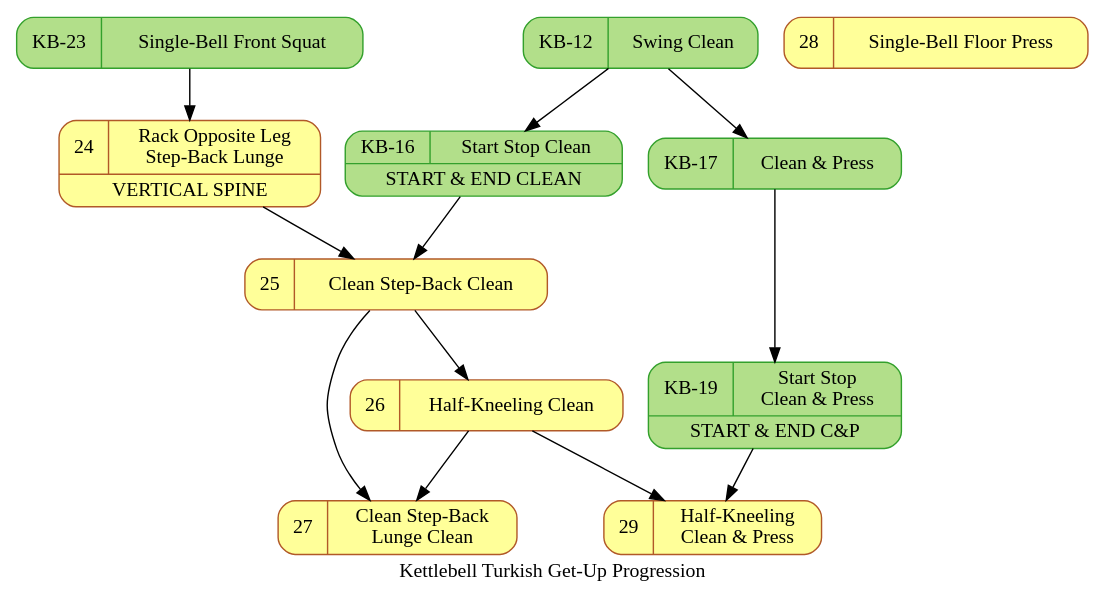
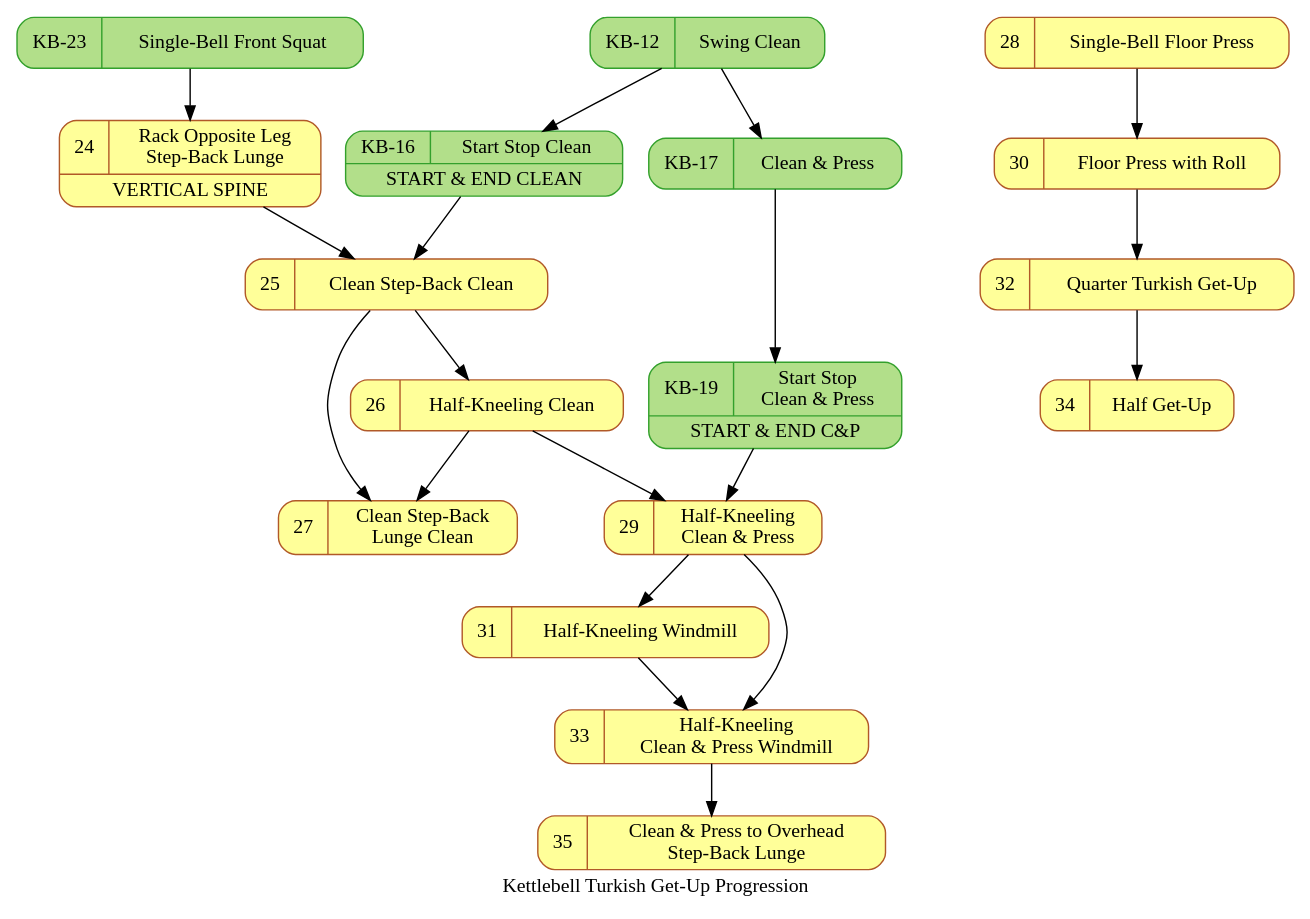
One commit to dznz/wildman-skill-trees changed the diagram in kb_tgu_progression.gv. Above: the diagram before and after it, drawn with Graphviz. The commit also changed 1 other file, not shown here.

```diff
--- a/kb_tgu_progression.gv
+++ b/kb_tgu_progression.gv
@@ -1,44 +1,59 @@
 digraph kb_progression {
   // Kettlebell Turkish Get-Up Progression Diagram © 2023
   // by dznz using knowledge from Mark Wildman is licensed
   // under CC BY-NC-SA 4.0 
   // http://creativecommons.org/licenses/by-nc-sa/4.0/
   label="Kettlebell Turkish Get-Up Progression"
   node [colorscheme="paired12"]
   node [shape=record]
   node [style="rounded,filled"]
   node [color=12, fillcolor=11]
 
   subgraph pre {
     node [color=4, fillcolor=3]
     mov_racksquat
     mov_cap, mov_startstopcap
     mov_clean, mov_startstopclean
   }
   
   // Precursor drills 
   mov_clean [label="KB-12|Swing Clean" URL="https://www.youtube.com/watch?v=_nIsSXWs5iU&list=PLk4oYPJ7TXKhX8YqA2AVrfgs_pEF6p7KA&index=12"]
   mov_startstopclean [label="{{KB-16|Start Stop Clean}|START & END CLEAN}" URL="https://www.youtube.com/watch?v=XbK3jxI0WNQ&list=PLk4oYPJ7TXKhX8YqA2AVrfgs_pEF6p7KA&index=16"]
   mov_cap [label="KB-17|Clean & Press" URL="https://www.youtube.com/watch?v=SSxB3m5qRas&list=PLk4oYPJ7TXKhX8YqA2AVrfgs_pEF6p7KA&index=17"]
   mov_startstopcap [label="{{KB-19|Start Stop\nClean & Press}|START & END C&P}" URL="https://www.youtube.com/watch?v=dSj3kqbuois&list=PLk4oYPJ7TXKhX8YqA2AVrfgs_pEF6p7KA&index=19"]
   mov_racksquat [label="{{KB-23|Single-Bell Front Squat}}" URL="https://www.youtube.com/watch?v=KTDVl0Lkdc4&list=PLk4oYPJ7TXKhX8YqA2AVrfgs_pEF6p7KA&index=23"]
 
   mov_racklunge [label="{{24|Rack Opposite Leg\nStep-Back Lunge}|VERTICAL SPINE}" URL="https://www.youtube.com/watch?v=KTDVl0Lkdc4&list=PLk4oYPJ7TXKhX8YqA2AVrfgs_pEF6p7KA&index=24"]
   mov_clean2sblunge [label="{{25|Clean Step-Back Clean}}" URL="https://www.youtube.com/watch?v=KTDVl0Lkdc4&list=PLk4oYPJ7TXKhX8YqA2AVrfgs_pEF6p7KA&index=25"]
   mov_halfkneelclean [label="{{26|Half-Kneeling Clean}}" URL="https://www.youtube.com/watch?v=KTDVl0Lkdc4&list=PLk4oYPJ7TXKhX8YqA2AVrfgs_pEF6p7KA&index=26"]
   mov_cleansblungeclean [label="{{27|Clean Step-Back\nLunge Clean}}" URL="https://www.youtube.com/watch?v=KTDVl0Lkdc4&list=PLk4oYPJ7TXKhX8YqA2AVrfgs_pEF6p7KA&index=27"]
   mov_floorpress [label="{{28|Single-Bell Floor Press}}" URL="https://www.youtube.com/watch?v=KTDVl0Lkdc4&list=PLk4oYPJ7TXKhX8YqA2AVrfgs_pEF6p7KA&index=28"]
   mov_halfkneelcap [label="{{29|Half-Kneeling\nClean & Press}}" URL="https://www.youtube.com/watch?v=KTDVl0Lkdc4&list=PLk4oYPJ7TXKhX8YqA2AVrfgs_pEF6p7KA&index=29"]
+  mov_floorpressroll [label="{{30|Floor Press with Roll}}" URL="https://www.youtube.com/watch?v=KTDVl0Lkdc4&list=PLk4oYPJ7TXKhX8YqA2AVrfgs_pEF6p7KA&index=30"]
+  mov_kneelwindmill [label="{{31|Half-Kneeling Windmill}}" URL="https://www.youtube.com/watch?v=KTDVl0Lkdc4&list=PLk4oYPJ7TXKhX8YqA2AVrfgs_pEF6p7KA&index=31"]
+  mov_quartgu [label="{{32|Quarter Turkish Get-Up}}" URL="https://www.youtube.com/watch?v=KTDVl0Lkdc4&list=PLk4oYPJ7TXKhX8YqA2AVrfgs_pEF6p7KA&index=32"]
+  mov_kneelcapwindmill [label="{{33|Half-Kneeling\nClean & Press Windmill}}" URL="https://www.youtube.com/watch?v=KTDVl0Lkdc4&list=PLk4oYPJ7TXKhX8YqA2AVrfgs_pEF6p7KA&index=34"]
+  mov_halfgu [label="{{34|Half Get-Up}}" URL="https://www.youtube.com/watch?v=KTDVl0Lkdc4&list=PLk4oYPJ7TXKhX8YqA2AVrfgs_pEF6p7KA&index=35"]
+  // 35 C&P to overhead step-back lunge
+  mov_cap2ohsblunge [label="{{35|Clean & Press to Overhead\nStep-Back Lunge}}" URL="https://www.youtube.com/watch?v=KTDVl0Lkdc4&list=PLk4oYPJ7TXKhX8YqA2AVrfgs_pEF6p7KA&index=37"]
+  // 36 half-kneeling overhead hip drop
 
   mov_clean -> mov_startstopclean;
   mov_clean -> mov_cap;
   mov_cap -> mov_startstopcap;
   mov_racksquat -> mov_racklunge;
   mov_racklunge -> mov_clean2sblunge;
   mov_startstopclean -> mov_clean2sblunge;
   mov_clean2sblunge -> mov_halfkneelclean;
   mov_clean2sblunge -> mov_cleansblungeclean;
   mov_halfkneelclean -> mov_cleansblungeclean;
   mov_startstopcap -> mov_halfkneelcap;
   mov_halfkneelclean -> mov_halfkneelcap;
+  mov_floorpress -> mov_floorpressroll;
+  mov_halfkneelcap -> mov_kneelwindmill;
+  mov_floorpressroll -> mov_quartgu;
+  mov_halfkneelcap -> mov_kneelcapwindmill;
+  mov_kneelwindmill -> mov_kneelcapwindmill;
+  mov_quartgu -> mov_halfgu;
+  mov_kneelcapwindmill -> mov_cap2ohsblunge;
 }
```
